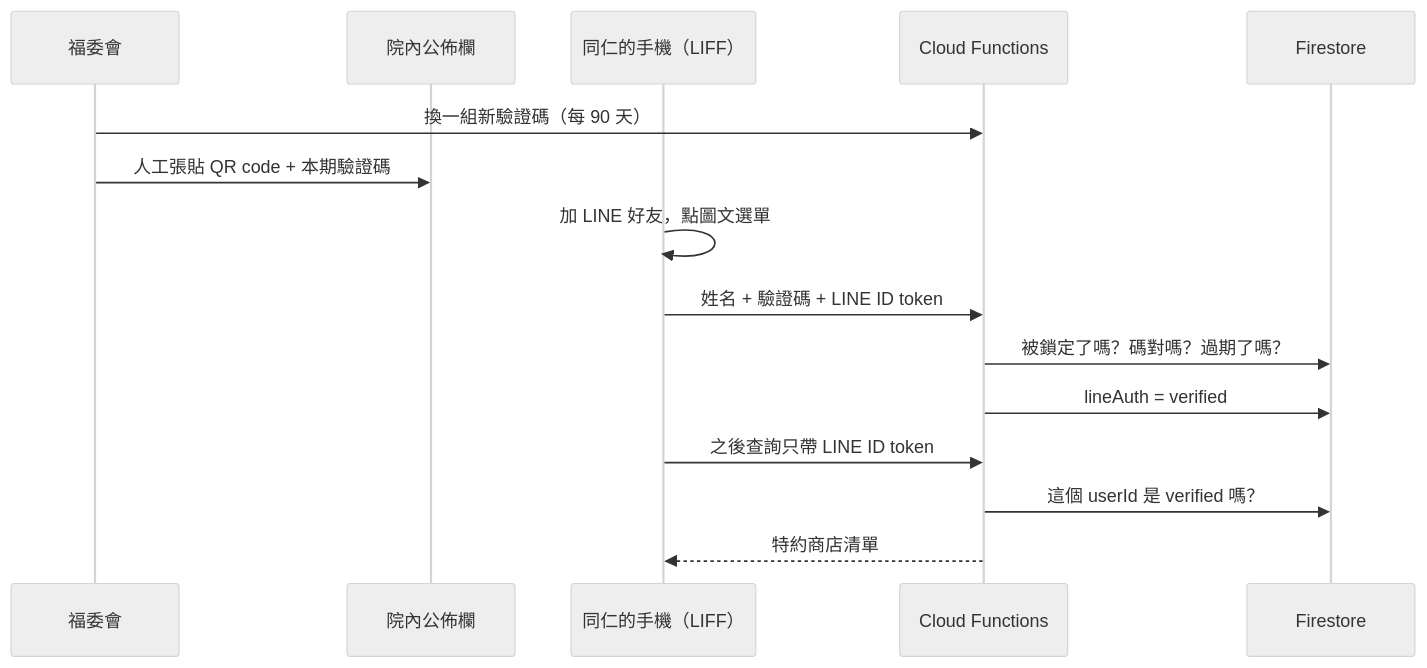
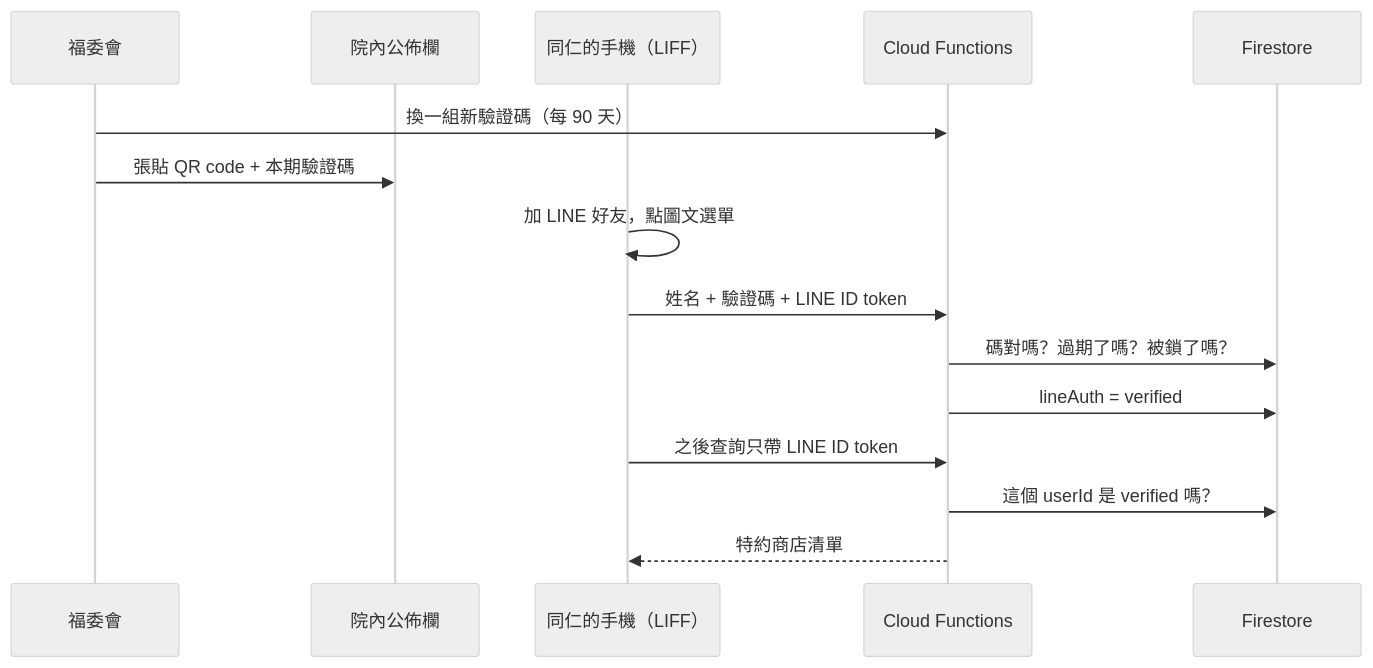
One commit to petertsengtw/petertsengtw.github.io changed the third of 6 diagrams in _posts/2026-08-27-lotusnotes-archaeology.md. Above: the diagram before and after it, drawn with Mermaid (neutral theme). The commit also changed other lines of this file, not shown here.

````diff
--- a/_posts/2026-08-27-lotusnotes-archaeology.md
+++ b/_posts/2026-08-27-lotusnotes-archaeology.md
@@ -138,18 +145,18 @@
 ```mermaid
 sequenceDiagram
     participant 福委會
     participant 公佈欄 as 院內公佈欄
     participant 同仁 as 同仁的手機（LIFF）
     participant CF as Cloud Functions
     participant FS as Firestore
 
     福委會->>CF: 換一組新驗證碼（每 90 天）
-    福委會->>公佈欄: 人工張貼 QR code + 本期驗證碼
+    福委會->>公佈欄: 張貼 QR code + 本期驗證碼
     同仁->>同仁: 加 LINE 好友，點圖文選單
     同仁->>CF: 姓名 + 驗證碼 + LINE ID token
-    CF->>FS: 被鎖定了嗎？碼對嗎？過期了嗎？
+    CF->>FS: 碼對嗎？過期了嗎？被鎖了嗎？
     CF->>FS: lineAuth = verified
     同仁->>CF: 之後查詢只帶 LINE ID token
     CF->>FS: 這個 userId 是 verified 嗎？
     CF-->>同仁: 特約商店清單
 ```
````
